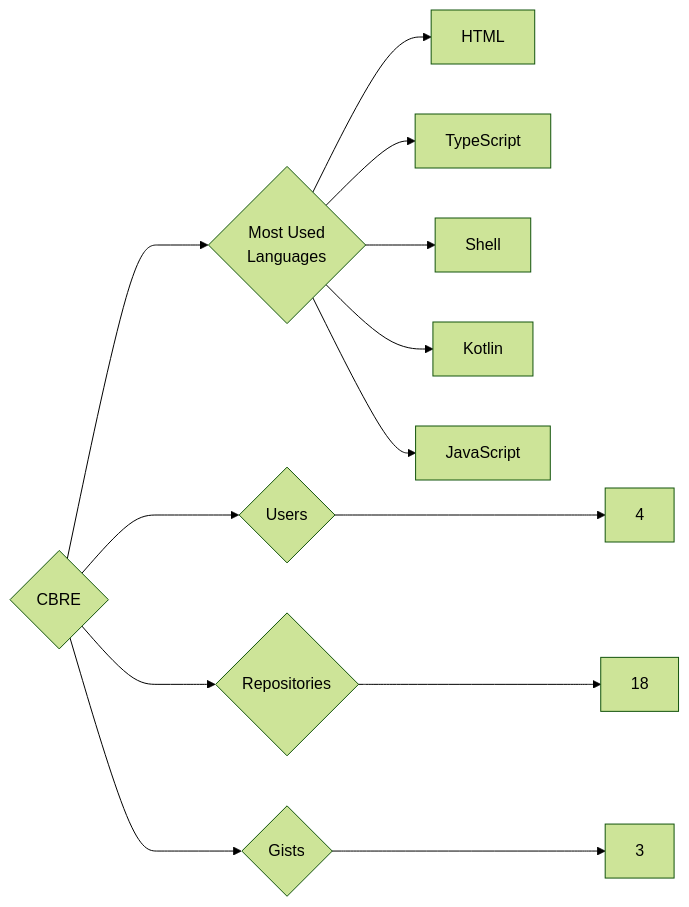
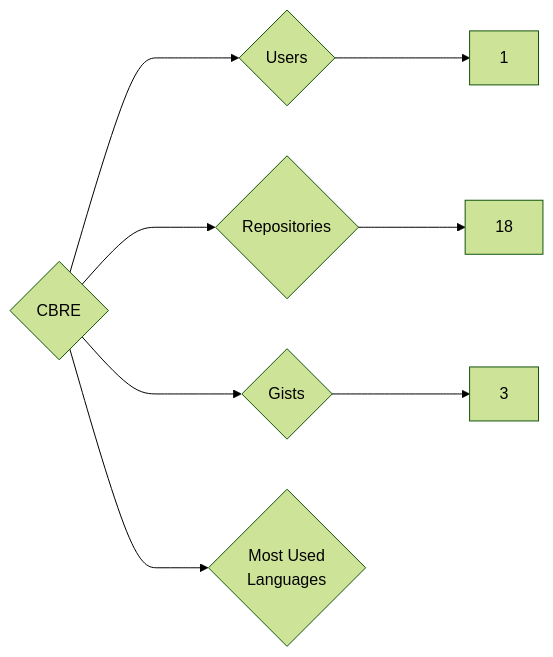
The diagram in targets/CBRE/README.md (trickest/insiders), drawn with Mermaid (forest theme) before and after one commit. The commit also changed 860 other files, not shown here.

````diff
--- a/targets/CBRE/README.md
+++ b/targets/CBRE/README.md
@@ -3,13 +3,8 @@
 ```mermaid
 graph LR
 COMPANY_NAME{CBRE}
-COMPANY_NAME ---> U{Users} ---> UN[4]
+COMPANY_NAME ---> U{Users} ---> UN[1]
 COMPANY_NAME ---> R{Repositories} ---> RN[18]
 COMPANY_NAME ---> G{Gists} ---> GN[3]
 COMPANY_NAME ---> ML{Most Used<br>Languages}
-ML --> HTML[HTML]
-ML --> TypeScript[TypeScript]
-ML --> Shell[Shell]
-ML --> Kotlin[Kotlin]
-ML --> JavaScript[JavaScript]
 ```
````
